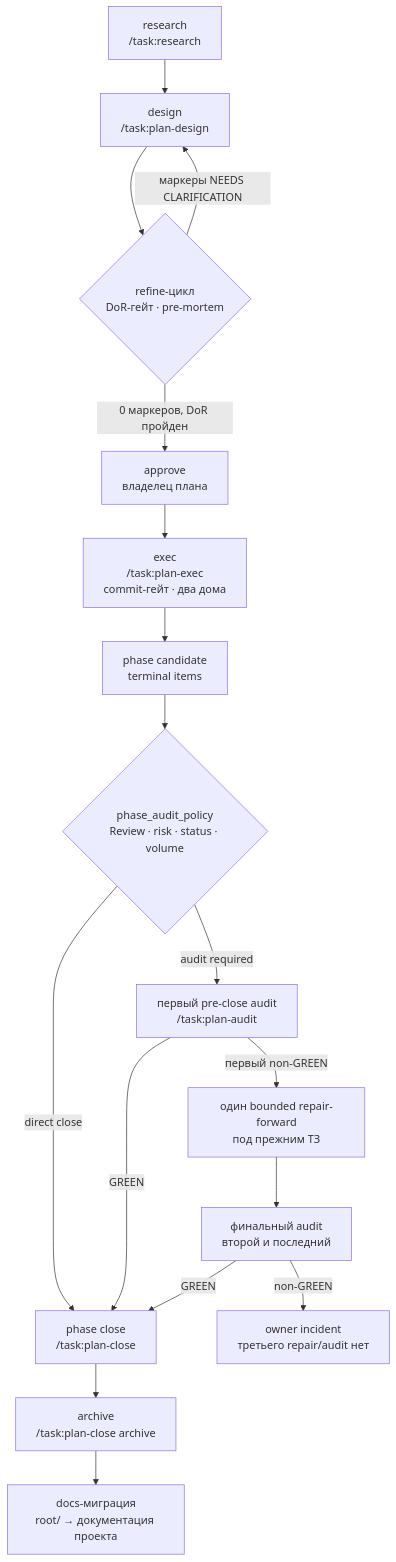
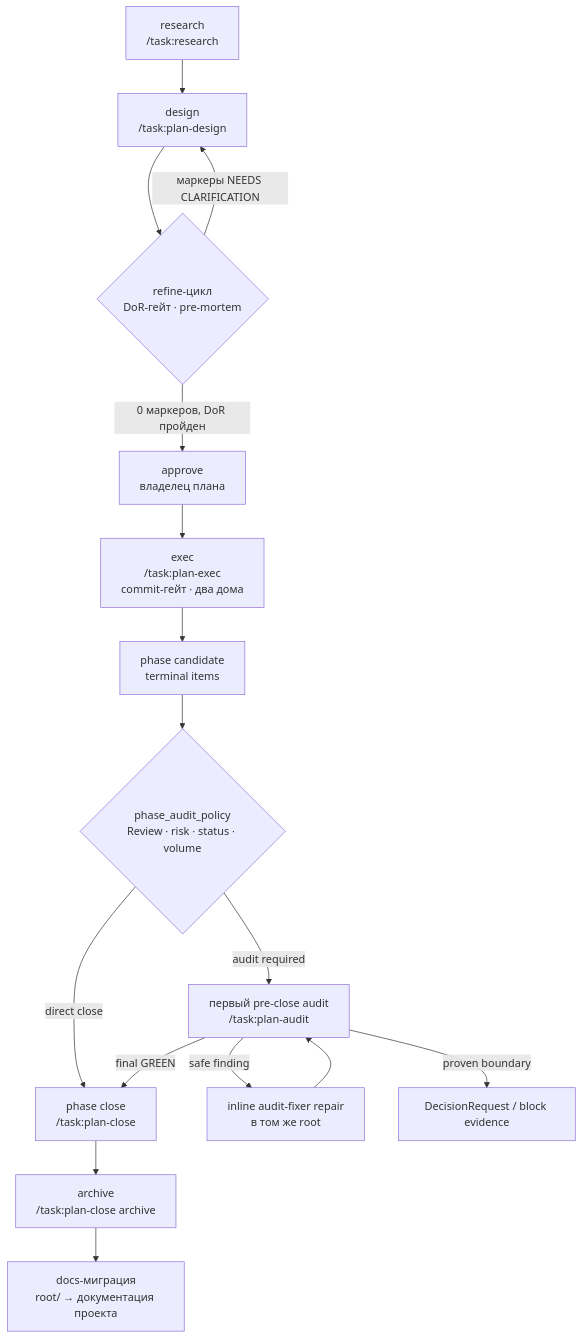
The diagram in packages/task/docs/methodology.md (academici/swissknifeman), drawn with Mermaid before and after one commit. The commit also changed other lines of this file and 10 other files, not shown here.

Commit message:
feat(task): добавить audit-fixer в одном root (P5.2)

````diff
--- a/packages/task/docs/methodology.md
+++ b/packages/task/docs/methodology.md
@@ -8,19 +8,18 @@
 ```mermaid
 flowchart TD
     R[research<br>/task:research] --> D[design<br>/task:plan-design]
     D --> RF{refine-цикл<br>DoR-гейт · pre-mortem}
     RF -- маркеры NEEDS CLARIFICATION --> D
     RF -- 0 маркеров, DoR пройден --> A[approve<br>владелец плана]
     A --> E[exec<br>/task:plan-exec<br>commit-гейт · два дома]
     E --> C[phase candidate<br>terminal items]
     C --> AP{phase_audit_policy<br>Review · risk · status · volume}
     AP -- audit required --> RV[первый pre-close audit<br>/task:plan-audit]
     AP -- direct close --> PC
-    RV -- первый non-GREEN --> RE[один bounded repair-forward<br>под прежним ТЗ]
-    RV -- GREEN --> PC[phase close<br>/task:plan-close]
-    RE --> FRV[финальный audit<br>второй и последний]
-    FRV -- GREEN --> PC
-    FRV -- non-GREEN --> INC[owner incident<br>третьего repair/audit нет]
+    RV -- safe finding --> RE[inline audit-fixer repair<br>в том же root]
+    RE --> RV
+    RV -- final GREEN --> PC[phase close<br>/task:plan-close]
+    RV -- proven boundary --> INC[DecisionRequest / block evidence]
     PC --> AR[archive<br>/task:plan-close archive]
     AR --> DOCS[docs-миграция<br>root/ → документация проекта]
 ```
````
